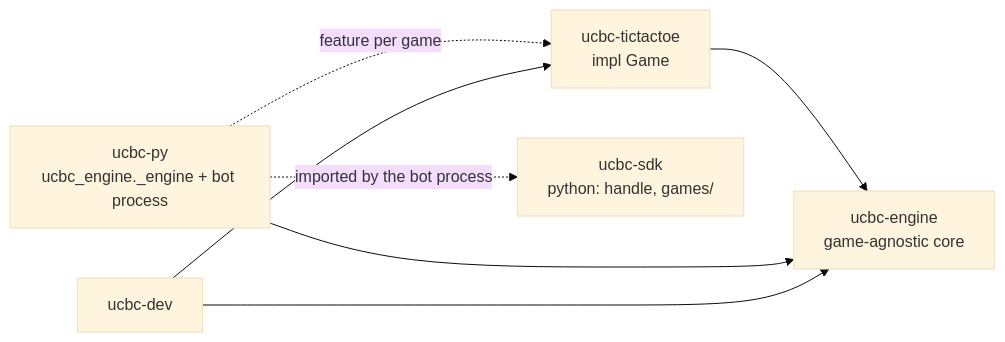
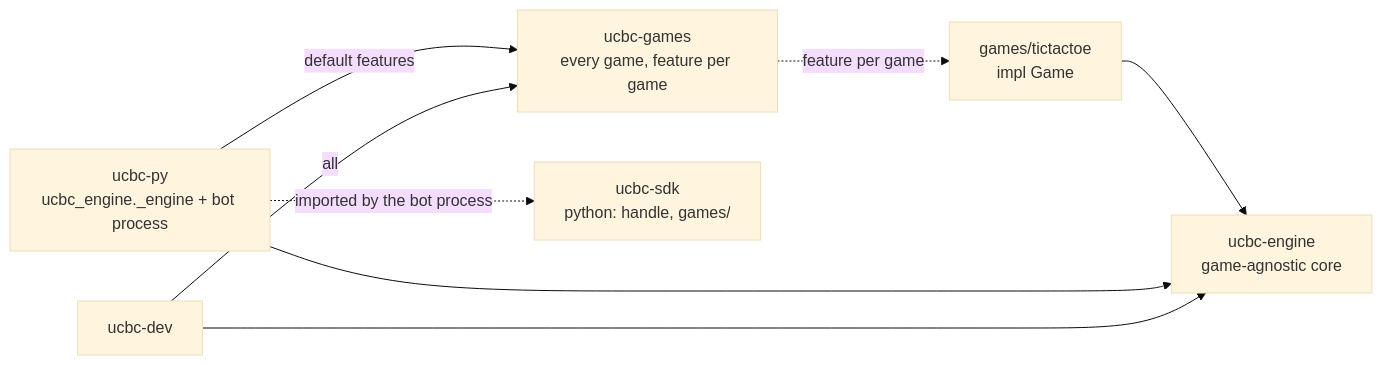
The first of 4 diagrams in docs/engine.md (aheschl1/ucalgarybc2027), drawn with Mermaid (base theme) before and after one commit. The commit also changed other lines of this file and 50 other files, not shown here.

````diff
--- a/docs/engine.md
+++ b/docs/engine.md
@@ -5,14 +5,16 @@
 ```mermaid
 graph LR
     engine[ucbc-engine<br/>game-agnostic core]
-    ttt[ucbc-tictactoe<br/>impl Game]
+    ttt[games/tictactoe<br/>impl Game]
+    games[ucbc-games<br/>every game, feature per game]
     py[ucbc-py<br/>ucbc_engine._engine + bot process]
     cli[ucbc-dev]
     sdk[ucbc-sdk<br/>python: handle, games/]
     ttt --> engine
+    games -. feature per game .-> ttt
     py --> engine
-    py -. feature per game .-> ttt
+    py -- default features --> games
     cli --> engine
-    cli --> ttt
+    cli -- all --> games
     py -. imported by the bot process .-> sdk
 ```
````
